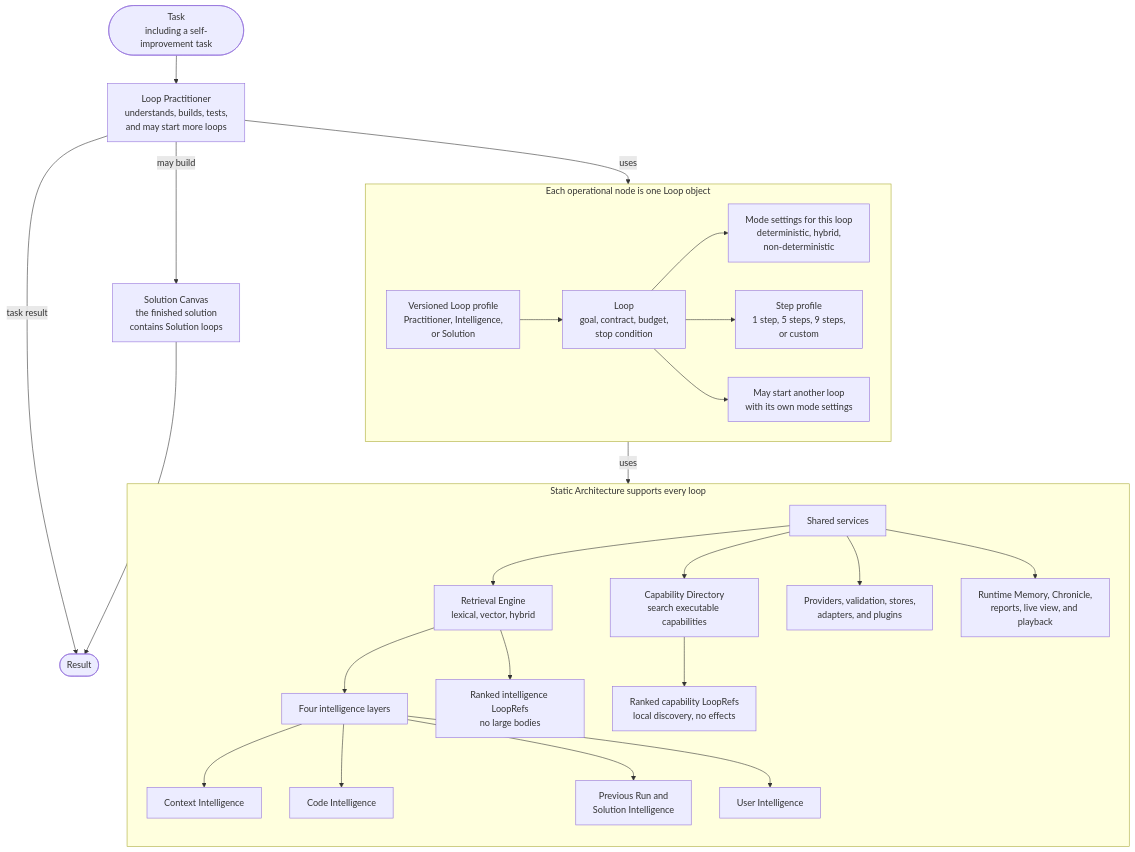
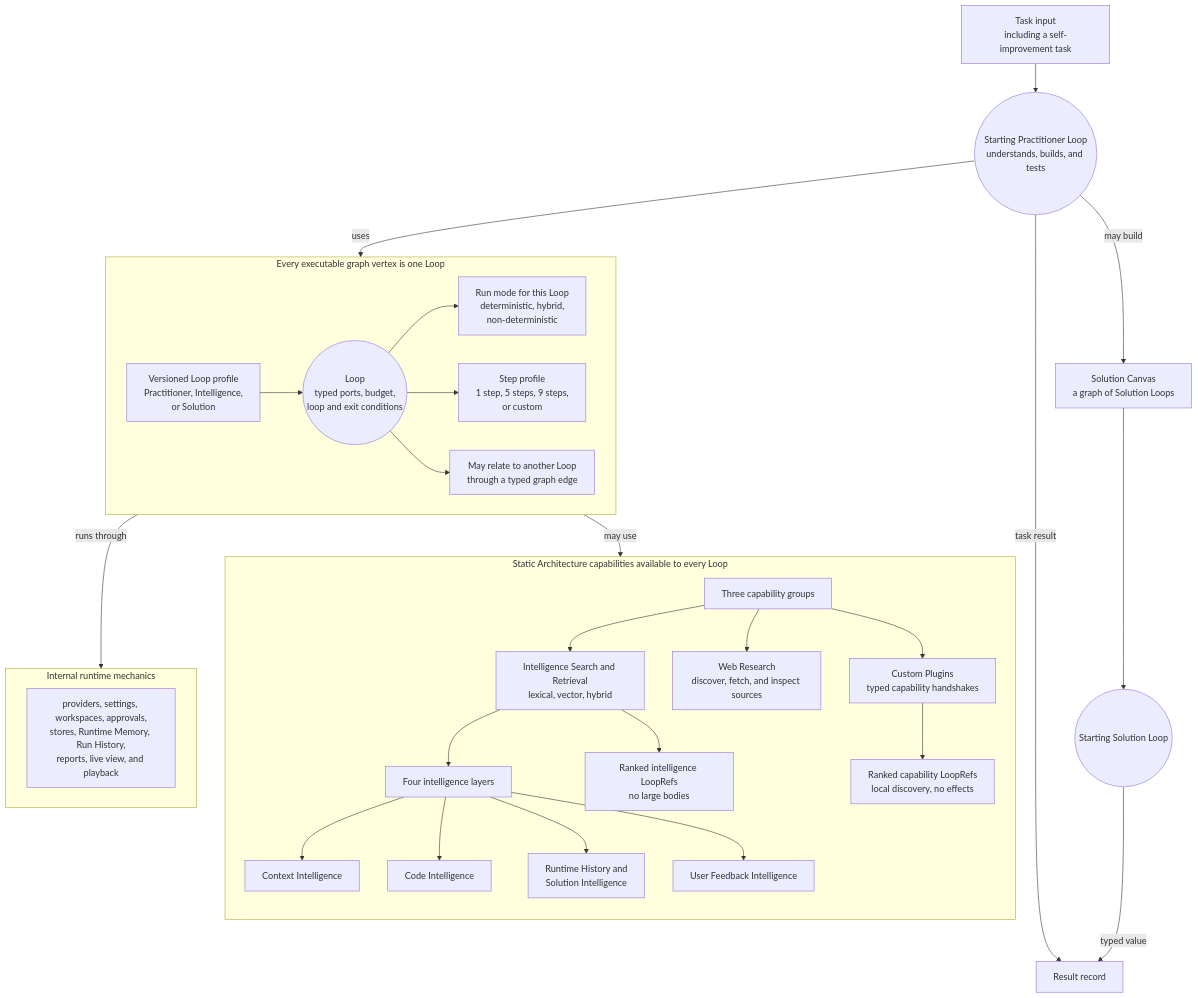
One commit to alisonjieli-png/loop-engine changed the diagram in README.md. Above: the diagram before and after it, drawn with Mermaid. The commit also changed other lines of this file and 448 other files, not shown here.

Commit message:
checkpoint: consolidate Loop Engine architecture and evidence

````diff
--- a/README.md
+++ b/README.md
@@ -9,37 +10,43 @@
 ```mermaid
 flowchart TB
-    T([Task<br/>including a self-improvement task]) --> P[Loop Practitioner<br/>understands, builds, tests,<br/>and may start more loops]
-    P -->|may build| C[Solution Canvas<br/>the finished solution<br/>contains Solution loops]
-    P -->|task result| R
-    C --> R([Result])
+    T[Task input<br/>including a self-improvement task] --> P((Starting Practitioner Loop<br/>understands, builds, and tests))
+    P -->|may build| C[Solution Canvas<br/>a graph of Solution Loops]
+    P -->|task result| R[Result record]
+    C --> S((Starting Solution Loop))
+    S -->|typed value| R
 
-    subgraph LOOP[Each operational node is one Loop object]
+    subgraph LOOP[Every executable graph vertex is one Loop]
         direction LR
         LP[Versioned Loop profile<br/>Practitioner, Intelligence,<br/>or Solution] --> L
-        L[Loop<br/>goal, contract, budget,<br/>stop condition]
-        L --> M[Mode settings for this loop<br/>deterministic, hybrid,<br/>non-deterministic]
+        L((Loop<br/>typed ports, budget,<br/>loop and exit conditions))
+        L --> M[Run mode for this Loop<br/>deterministic, hybrid,<br/>non-deterministic]
         L --> SP[Step profile<br/>1 step, 5 steps, 9 steps,<br/>or custom]
-        L --> SL[May start another loop<br/>with its own mode settings]
+        L --> SL[May relate to another Loop<br/>through a typed graph edge]
     end
 
-    subgraph STATIC[Static Architecture supports every loop]
+    subgraph STATIC[Static Architecture capabilities available to every Loop]
         direction TB
-        S[Shared services]
-        S --> CD[Capability Directory<br/>search executable capabilities]
-        S --> RE[Retrieval Engine<br/>lexical, vector, hybrid]
-        S --> CORE[Providers, validation, stores,<br/>adapters, and plugins]
-        S --> OBS[Runtime Memory, Chronicle,<br/>reports, live view, and playback]
+        SA[Three capability groups]
+        SA --> RE[Intelligence Search and Retrieval<br/>lexical, vector, hybrid]
+        SA --> WR[Web Research<br/>discover, fetch, and inspect sources]
+        SA --> CP[Custom Plugins<br/>typed capability handshakes]
 
         RE --> I[Four intelligence layers]
         I --> CX[Context Intelligence]
         I --> CO[Code Intelligence]
-        I --> HI[Previous Run and<br/>Solution Intelligence]
-        I --> UI[User Intelligence]
+        I --> HI[Runtime History and<br/>Solution Intelligence]
+        I --> UI[User Feedback Intelligence]
 
         RE --> IR[Ranked intelligence LoopRefs<br/>no large bodies]
-        CD --> CR[Ranked capability LoopRefs<br/>local discovery, no effects]
+        CP --> CR[Ranked capability LoopRefs<br/>local discovery, no effects]
+    end
+
+    subgraph INTERNAL[Internal runtime mechanics]
+        direction LR
+        IM[providers, settings, workspaces, approvals,<br/>stores, Runtime Memory, Run History,<br/>reports, live view, and playback]
     end
 
     P -->|uses| L
-    L -->|uses| S
+    L -->|may use| SA
+    L -->|runs through| IM
 ```
````
